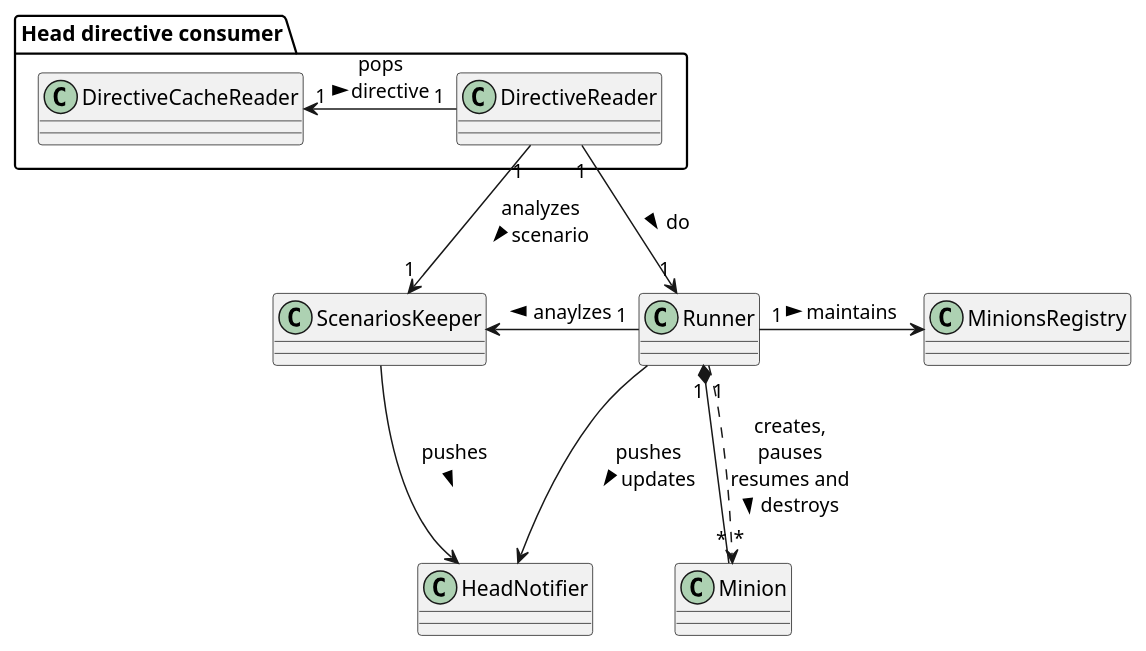
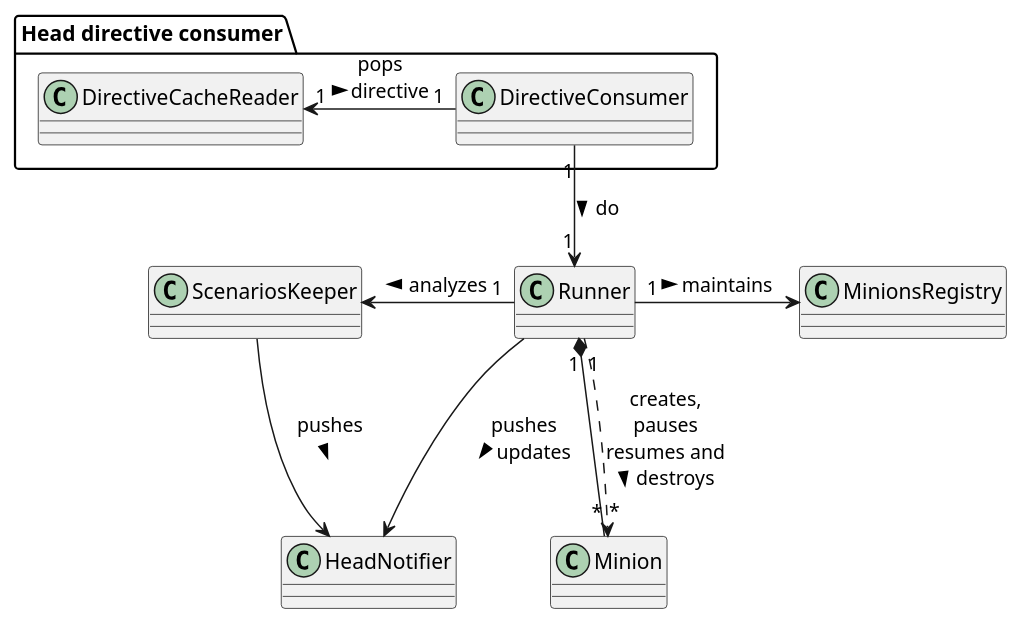
One commit to qalipsis/qalipsis-oss changed the fourth of 6 diagrams in developer-documentation/src/main/asciidoc/architecture/src/05_building_block_view.adoc. Above: the diagram before and after it, drawn with PlantUML. The commit also changed other lines of this file and 231 other files, not shown here.

```diff
--- a/developer-documentation/src/main/asciidoc/architecture/src/05_building_block_view.adoc
+++ b/developer-documentation/src/main/asciidoc/architecture/src/05_building_block_view.adoc
@@ -400,21 +400,20 @@
 [plantuml,evolue-whitebox-factory-orchestration,png]
 ----
 skinparam componentStyle uml2
 
 
 package "Head directive consumer" {
-    DirectiveReader "1" -left-> "1" DirectiveCacheReader: pops\ndirective >
+    DirectiveConsumer "1" -left-> "1" DirectiveCacheReader: pops\ndirective >
 }
 
-DirectiveReader "1" -down-> "1" ScenariosKeeper: analyzes\nscenario >
-DirectiveReader "1" -down-> "1" Runner: do >
+DirectiveConsumer "1" -down-> "1" Runner: do >
 
 Runner "1" *-down- "*" Minion
 Runner "1" ..> "*" Minion: creates,\npauses\nresumes and\ndestroys >
 Runner "1" -right-> MinionsRegistry: maintains >
-Runner "1" -left-> ScenariosKeeper: anaylzes >
+Runner "1" -left-> ScenariosKeeper: analyzes >
 
 Runner -down-> HeadNotifier: pushes\nupdates >
 ScenariosKeeper -> HeadNotifier: pushes\n >
 
 ----
```
